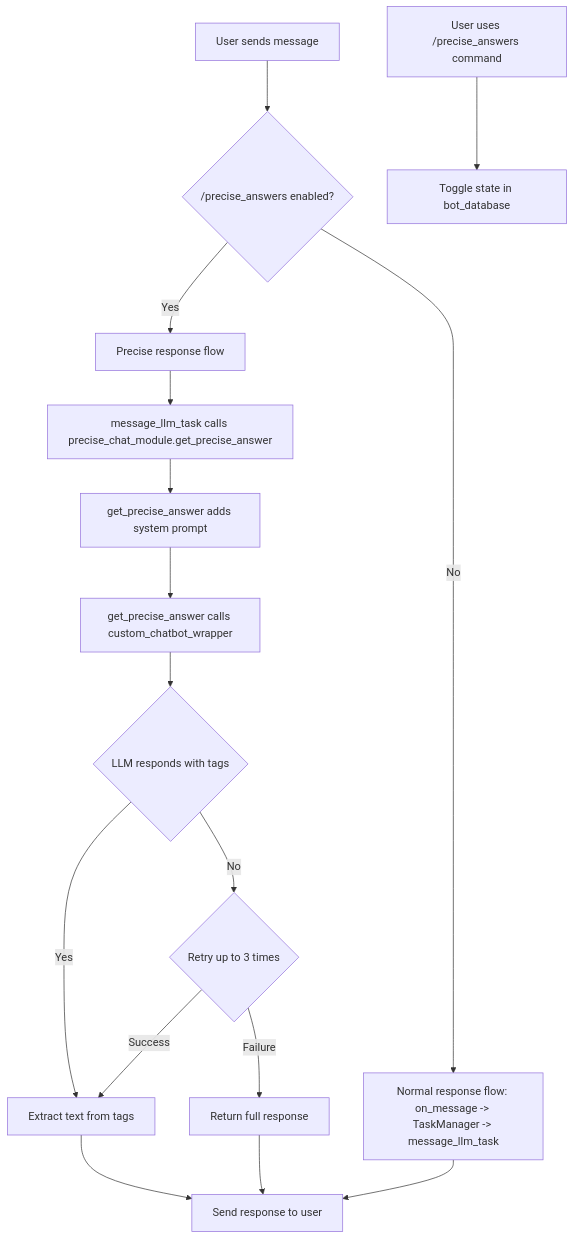
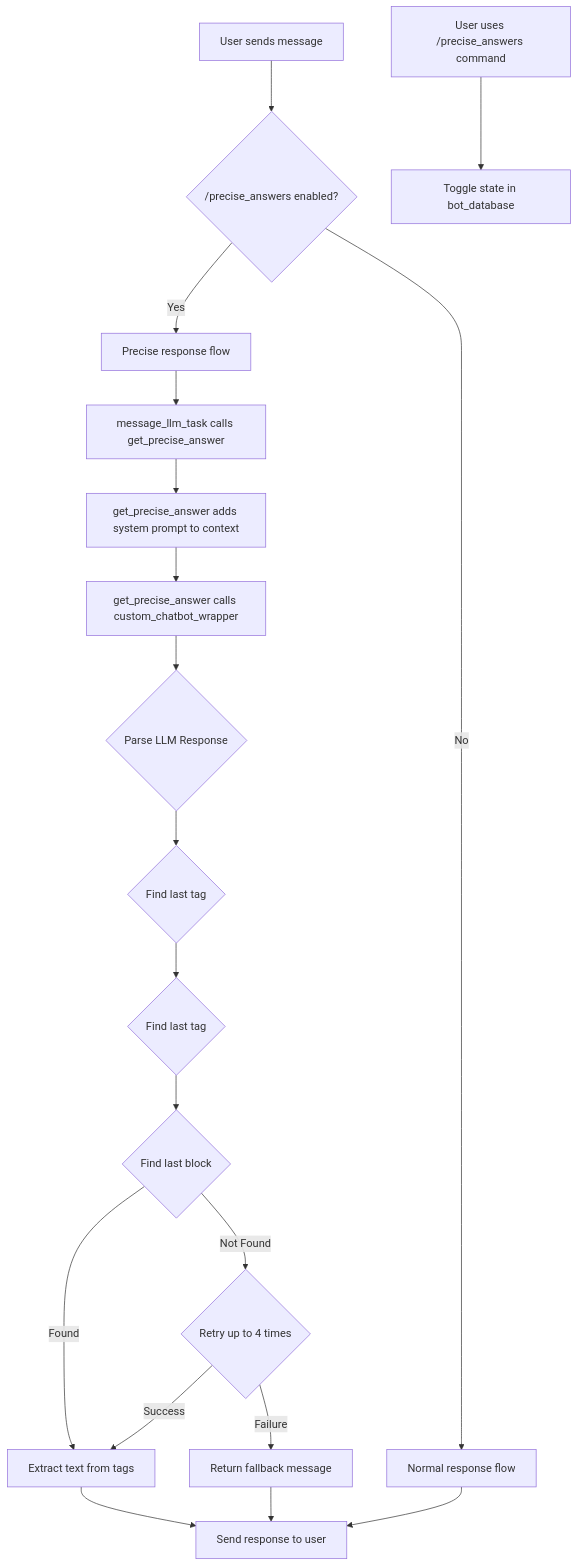
One commit to ETomberg391/ad_discordbot changed the diagram in precise_chat_plan.md. Above: the diagram before and after it, drawn with Mermaid. The commit also changed other lines of this file and 1 other file, not shown here.

Commit message:
Reworked plan for /Precise_chat to be a single special prompt with a test from Qwen 3 30Ba3 UD XLQ4 model. Seems to have worked much better and quicker overall.

````diff
--- a/precise_chat_plan.md
+++ b/precise_chat_plan.md
@@ -80,19 +116,22 @@
 ```mermaid
 graph TD
     A[User sends message] --> B{/precise_answers enabled?};
-    B -- No --> C[Normal response flow: on_message -> TaskManager -> message_llm_task];
+    B -- No --> C[Normal response flow];
     B -- Yes --> D[Precise response flow];
-    D --> E[message_llm_task calls precise_chat_module.get_precise_answer];
-    E --> F[get_precise_answer adds system prompt];
+    D --> E[message_llm_task calls get_precise_answer];
+    E --> F[get_precise_answer adds system prompt to context];
     F --> G[get_precise_answer calls custom_chatbot_wrapper];
-    G --> H{LLM responds with <chatting> tags};
-    H -- Yes --> I[Extract text from tags];
-    H -- No --> J{Retry up to 3 times};
-    J -- Success --> I;
-    J -- Failure --> K[Return full response];
-    I --> L[Send response to user];
-    K --> L;
-    C --> L;
+    G --> H{Parse LLM Response};
+    H --> I{Find last </think> tag};
+    I --> J{Find last </thinking> tag};
+    J --> K{Find last <chatting> block};
+    K -- Found --> L[Extract text from tags];
+    K -- Not Found --> M{Retry up to 4 times};
+    M -- Success --> L;
+    M -- Failure --> O[Return fallback message];
+    L --> P[Send response to user];
+    O --> P;
+    C --> P;
 
-    M[User uses /precise_answers command] --> N[Toggle state in bot_database];
+    Q[User uses /precise_answers command] --> R[Toggle state in bot_database];
 ```
````
